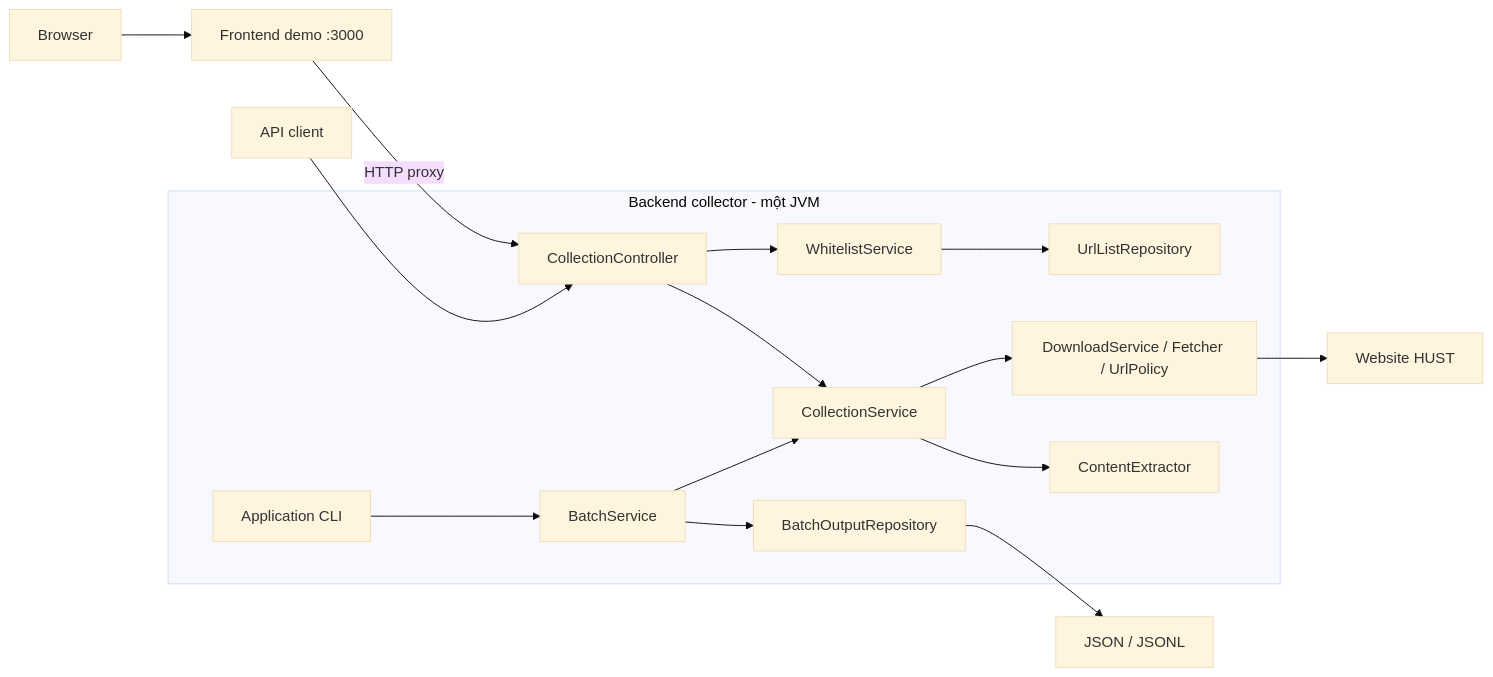
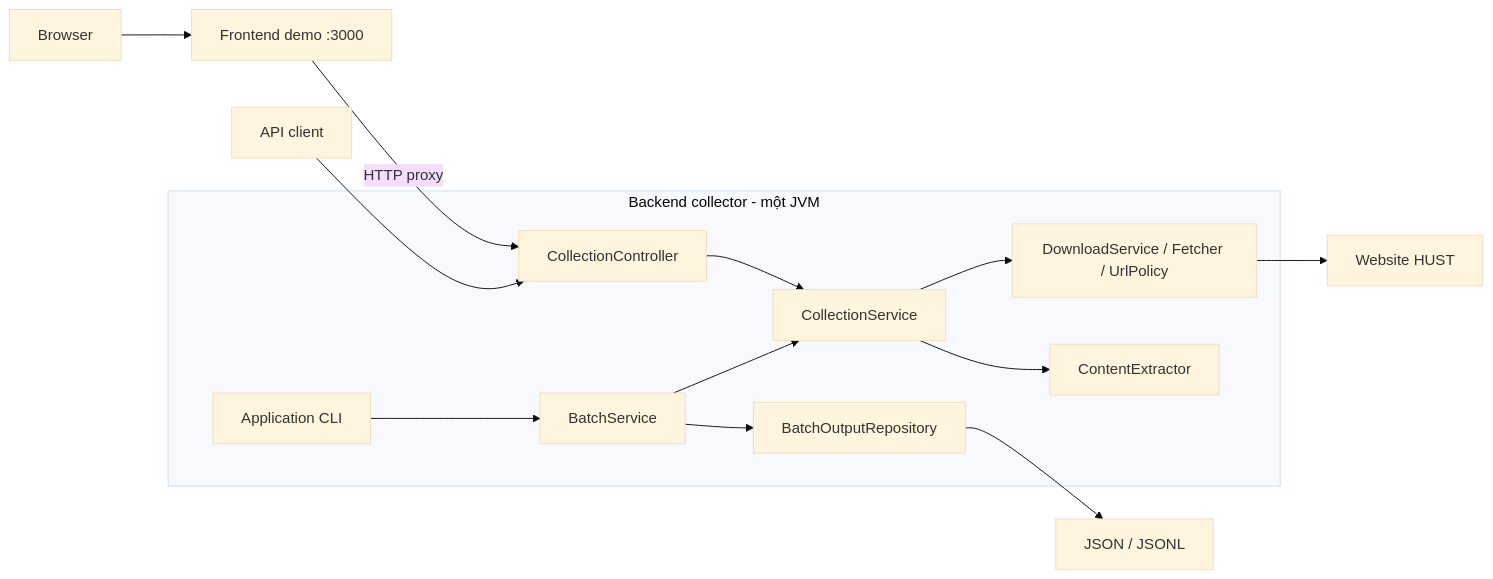
Before and after one commit to dungx48/it4863-content-collector: the diagram in docs/architecture.md, drawn with Mermaid (base theme). The commit also changed other lines of this file and 30 other files, not shown here.

````diff
--- a/docs/architecture.md
+++ b/docs/architecture.md
@@ -16,18 +16,16 @@
 ```mermaid
 flowchart LR
     Browser[Browser] --> Demo[Frontend demo :3000]
     Demo -->|HTTP proxy| Controller
     Client[API client] --> Controller
     subgraph Backend[Backend collector - một JVM]
       Controller[CollectionController] --> Service[CollectionService]
       CLI[Application CLI] --> Batch[BatchService]
       Batch --> Service
-      Controller --> White[WhitelistService]
-      White --> URLs[UrlListRepository]
       Batch --> Output[BatchOutputRepository]
       Service --> Download[DownloadService / Fetcher / UrlPolicy]
       Service --> Parser[ContentExtractor]
     end
     Download --> HUST[Website HUST]
     Output --> Disk[JSON / JSONL]
 ```
````
